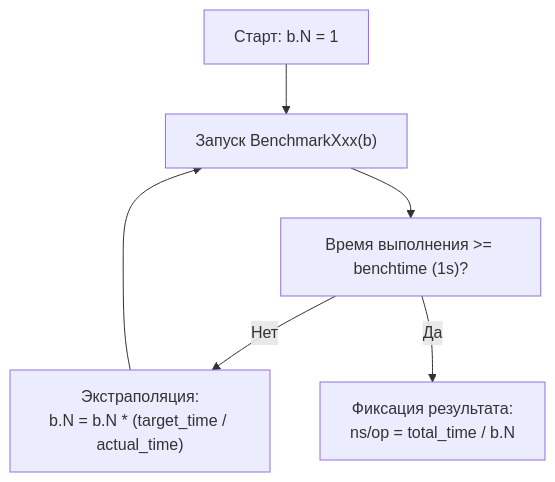
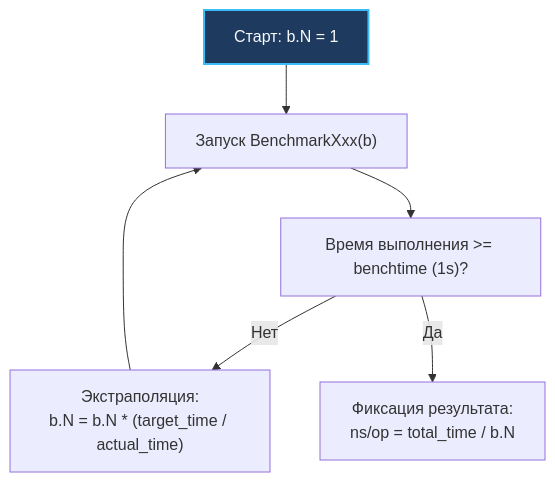
One commit to UnrealTemplier/go-textbook changed the first of 3 diagrams in sources/16. Профилирование, отладка и производительность/02. Benchmarking/2. Benchmarking в Go.md. Above: the diagram before and after it, drawn with Mermaid. The commit also changed other lines of this file and 1666 other files, not shown here.

First line of the commit message:
feat(mermaid): add semantic color classDef to 1369 colorless flowchart/graph diagrams

````diff
--- a/sources/16. Профилирование, отладка и производительность/02. Benchmarking/2. Benchmarking в Go.md
+++ b/sources/16. Профилирование, отладка и производительность/02. Benchmarking/2. Benchmarking в Go.md
@@ -88,8 +88,18 @@
 ```mermaid
 flowchart TD
-    Start["Старт: b.N = 1"] --> Run["Запуск BenchmarkXxx(b)"]
+    classDef process  fill:#1e293b,stroke:#38bdf8,stroke-width:1px,color:#f8fafc
+    classDef success  fill:#064e3b,stroke:#34d399,stroke-width:1px,color:#f8fafc
+    classDef error    fill:#7f1d1d,stroke:#f87171,stroke-width:1px,color:#f8fafc
+    classDef warning  fill:#78350f,stroke:#fbbf24,stroke-width:1px,color:#f8fafc
+    classDef entry    fill:#1e3a5f,stroke:#38bdf8,stroke-width:2px,color:#f8fafc
+    classDef aux      fill:#334155,stroke:#64748b,stroke-width:1px,color:#f8fafc
+    classDef system   fill:#312e81,stroke:#a78bfa,stroke-width:1px,color:#f8fafc
+    classDef data     fill:#132d29,stroke:#2dd4bf,stroke-width:1px,color:#f8fafc
+    classDef network  fill:#881337,stroke:#fb7185,stroke-width:1px,color:#f8fafc
+    classDef accent   fill:#1e1b4b,stroke:#818cf8,stroke-width:1px,color:#f8fafc
+    Start["Старт: b.N = 1"]:::entry --> Run["Запуск BenchmarkXxx(b)"]
     Run --> Check["Время выполнения >= benchtime (1s)?"]
     Check -- "Нет" --> Predict["Экстраполяция:<br>b.N = b.N * (target_time / actual_time)"]
     Predict --> Run
     Check -- "Да" --> Finish["Фиксация результата:<br>ns/op = total_time / b.N"]
 ```
````
